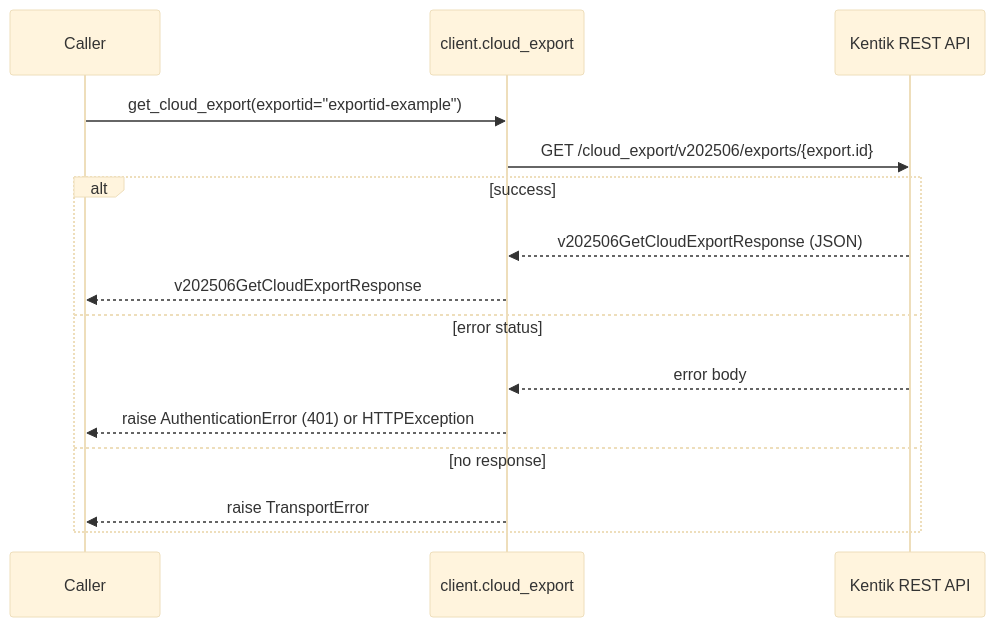
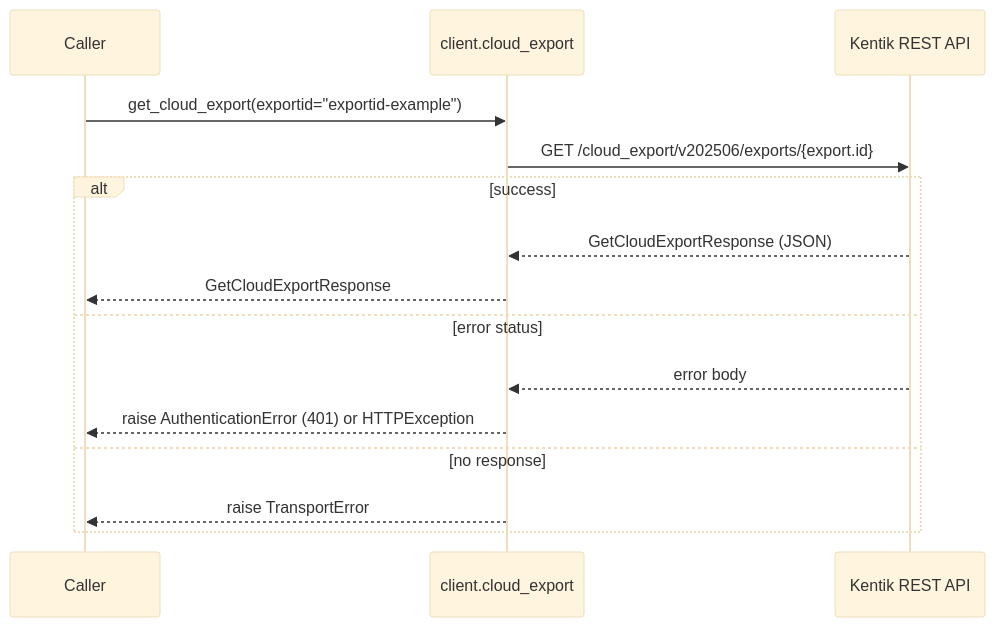
Before and after one commit to alexdearaujo/community_sdk_python: the sixth of 12 diagrams in docs/sphinx/services/cloud_export.md, drawn with Mermaid (base theme). The commit also changed other lines of this file and 38 other files, not shown here.

````diff
--- a/docs/sphinx/services/cloud_export.md
+++ b/docs/sphinx/services/cloud_export.md
@@ -182,18 +182,18 @@
 ```mermaid
 sequenceDiagram
     participant C as Caller
     participant W as client.cloud_export
     participant API as Kentik REST API
 
     C->>W: get_cloud_export(exportid="exportid-example")
     W->>API: GET /cloud_export/v202506/exports/{export.id}
     alt success
-        API-->>W: v202506GetCloudExportResponse (JSON)
-        W-->>C: v202506GetCloudExportResponse
+        API-->>W: GetCloudExportResponse (JSON)
+        W-->>C: GetCloudExportResponse
     else error status
         API-->>W: error body
         W-->>C: raise AuthenticationError (401) or HTTPException
     else no response
         W-->>C: raise TransportError
     end
 ```
````
